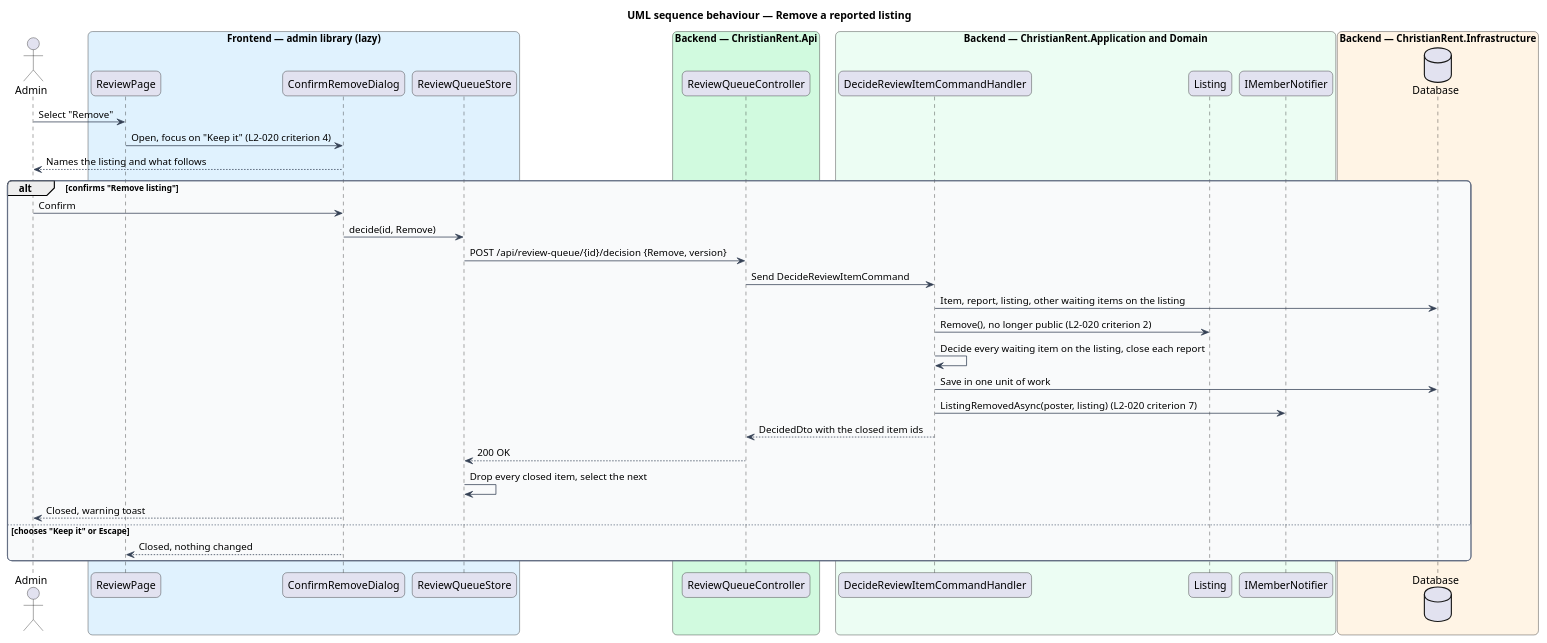
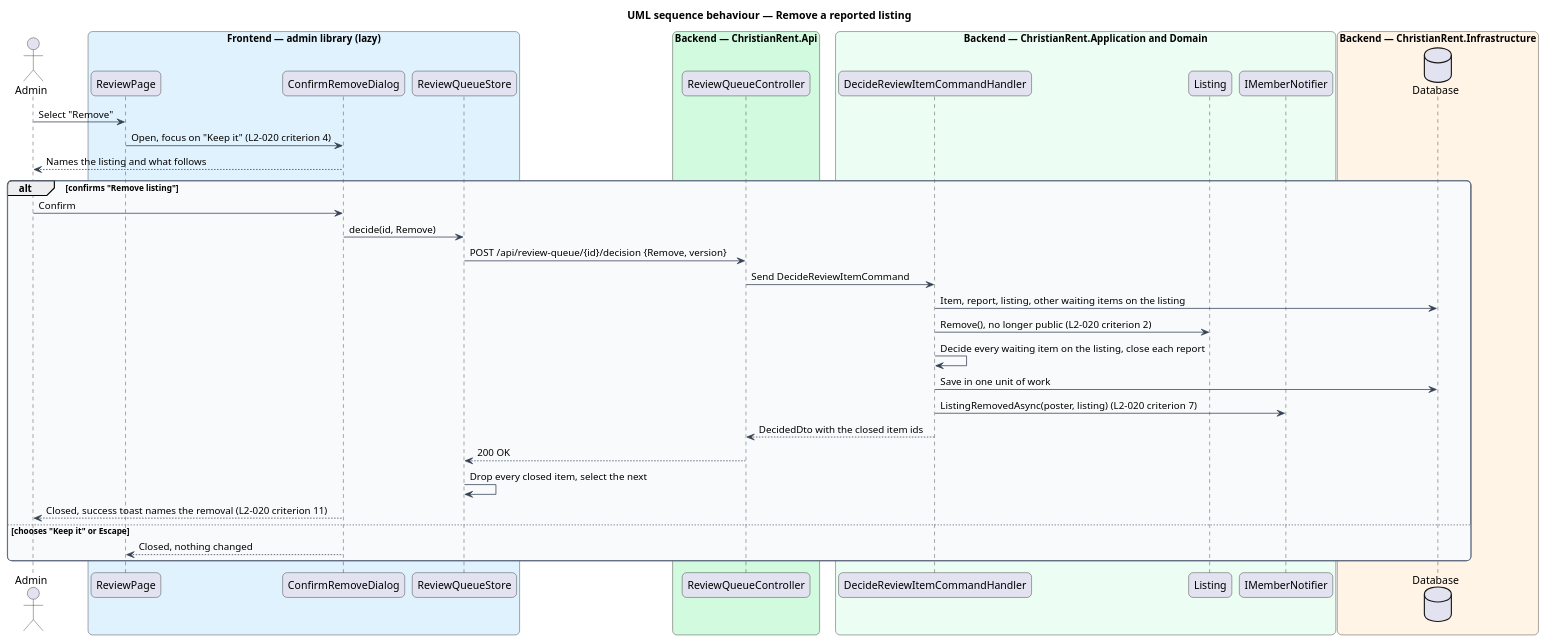
Before and after one commit to QuinntyneBrown/christian-rent: the diagram in docs/detailed-designs/review/decide-review-item/diagrams/sequence-remove-reported-listing.puml, drawn with PlantUML. The commit also changed 23 other files, not shown here.

```diff
--- a/docs/detailed-designs/review/decide-review-item/diagrams/sequence-remove-reported-listing.puml
+++ b/docs/detailed-designs/review/decide-review-item/diagrams/sequence-remove-reported-listing.puml
@@ -1,54 +1,54 @@
 @startuml
 title UML sequence behaviour — Remove a reported listing
 skinparam backgroundColor #FFFFFF
 skinparam shadowing false
 skinparam roundcorner 12
 skinparam defaultFontName Arial
 skinparam ArrowColor #344054
 skinparam rectangle {
   BorderColor #344054
   FontColor #101828
 }
 skinparam package {
   BorderColor #667085
   FontColor #101828
   BackgroundColor #F9FAFB
 }
 actor "Admin" as actor
 box "Frontend — admin library (lazy)" #E0F2FE
   participant "ReviewPage" as page
   participant "ConfirmRemoveDialog" as dialog
   participant "ReviewQueueStore" as store
 end box
 box "Backend — ChristianRent.Api" #D1FADF
   participant "ReviewQueueController" as ctrl
 end box
 box "Backend — ChristianRent.Application and Domain" #ECFDF3
   participant "DecideReviewItemCommandHandler" as handler
   participant "Listing" as listing
   participant "IMemberNotifier" as notify
 end box
 box "Backend — ChristianRent.Infrastructure" #FFF4E5
   database "Database" as db
 end box
 actor -> page : Select "Remove"
 page -> dialog : Open, focus on "Keep it" (L2-020 criterion 4)
 dialog --> actor : Names the listing and what follows
 alt confirms "Remove listing"
   actor -> dialog : Confirm
   dialog -> store : decide(id, Remove)
   store -> ctrl : POST /api/review-queue/{id}/decision {Remove, version}
   ctrl -> handler : Send DecideReviewItemCommand
   handler -> db : Item, report, listing, other waiting items on the listing
   handler -> listing : Remove(), no longer public (L2-020 criterion 2)
   handler -> handler : Decide every waiting item on the listing, close each report
   handler -> db : Save in one unit of work
   handler -> notify : ListingRemovedAsync(poster, listing) (L2-020 criterion 7)
   handler --> ctrl : DecidedDto with the closed item ids
   ctrl --> store : 200 OK
   store -> store : Drop every closed item, select the next
-  dialog --> actor : Closed, warning toast
+  dialog --> actor : Closed, success toast names the removal (L2-020 criterion 11)
 else chooses "Keep it" or Escape
   dialog --> page : Closed, nothing changed
 end
 @enduml
```
